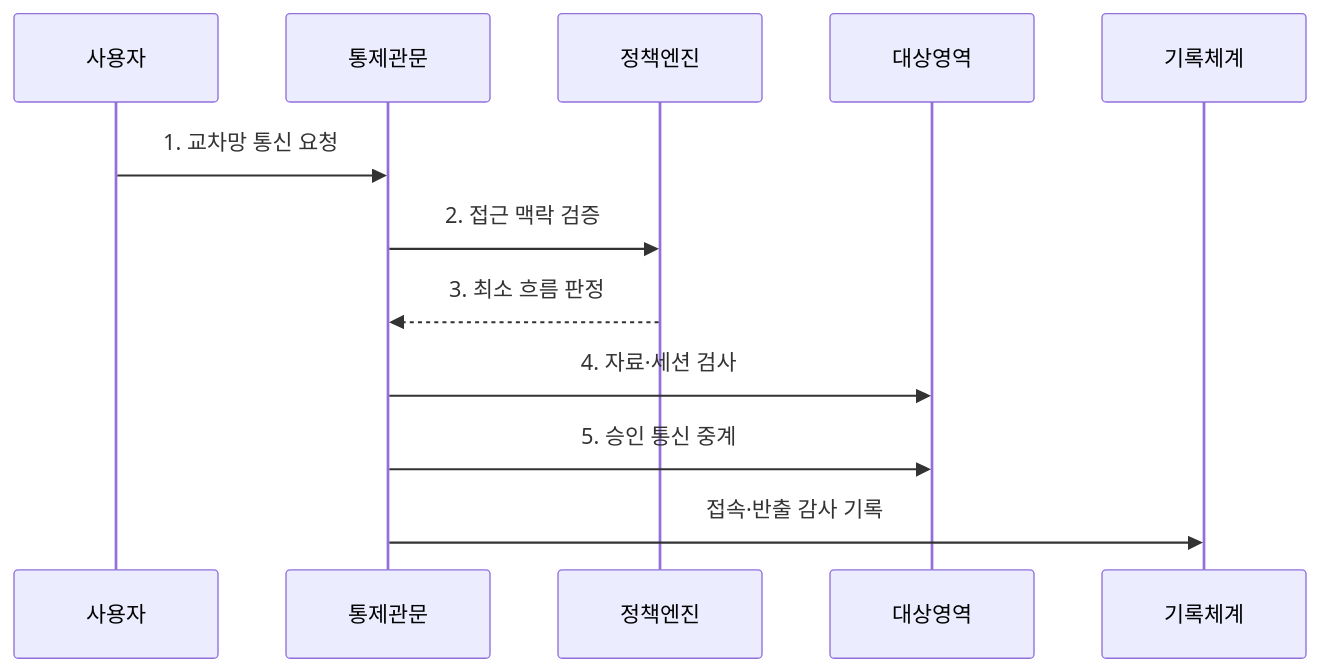
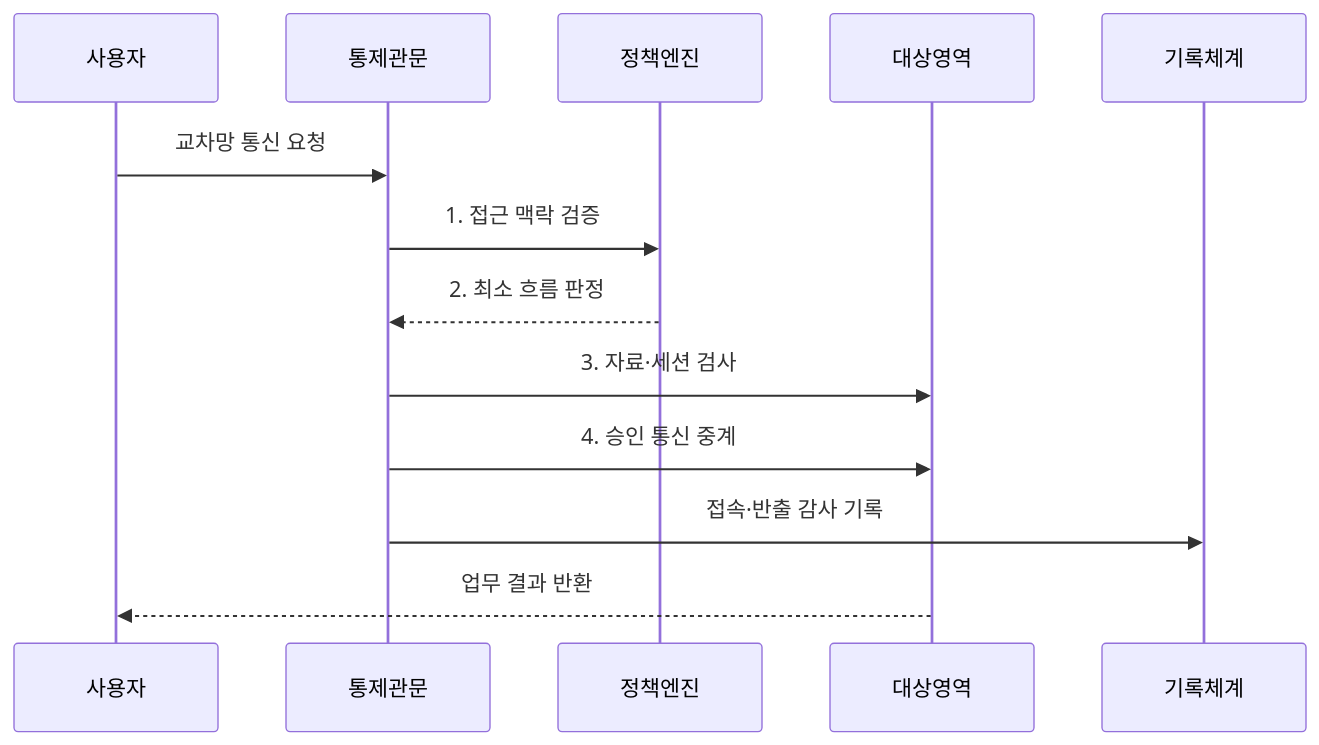
One commit to agnusdei1207/knowledge-base changed the second of 2 diagrams in src/content/docs/notes/04-network/088_network_separation.md. Above: the diagram before and after it, drawn with Mermaid. The commit also changed other lines of this file and 20 other files, not shown here.

````diff
--- a/src/content/docs/notes/04-network/088_network_separation.md
+++ b/src/content/docs/notes/04-network/088_network_separation.md
@@ -78,14 +87,15 @@
 ```mermaid
 sequenceDiagram
     participant 사용자
     participant 통제관문
     participant 정책엔진
     participant 대상영역
     participant 기록체계
-    사용자->>통제관문: 1. 교차망 통신 요청
-    통제관문->>정책엔진: 2. 접근 맥락 검증
-    정책엔진-->>통제관문: 3. 최소 흐름 판정
-    통제관문->>대상영역: 4. 자료·세션 검사
-    통제관문->>대상영역: 5. 승인 통신 중계
+    사용자->>통제관문: 교차망 통신 요청
+    통제관문->>정책엔진: 1. 접근 맥락 검증
+    정책엔진-->>통제관문: 2. 최소 흐름 판정
+    통제관문->>대상영역: 3. 자료·세션 검사
+    통제관문->>대상영역: 4. 승인 통신 중계
     통제관문->>기록체계: 접속·반출 감사 기록
+    대상영역-->>사용자: 업무 결과 반환
 ```
````
